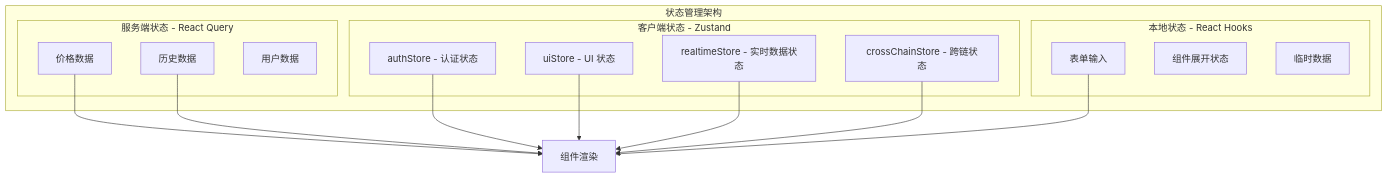
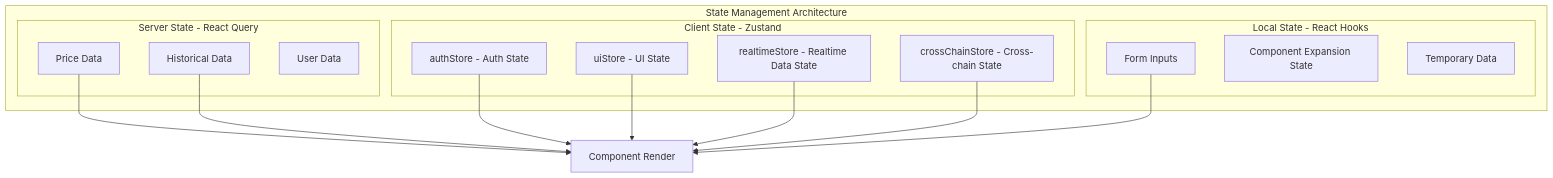
One commit to imokokok/Insight changed the first of 2 diagrams in docs/architecture/state-management.md. Above: the diagram before and after it, drawn with Mermaid. The commit also changed other lines of this file and 9 other files, not shown here.

````diff
--- a/docs/architecture/state-management.md
+++ b/docs/architecture/state-management.md
@@ -21,31 +21,31 @@
 ```mermaid
 graph TB
-    subgraph StateManagement["状态管理架构"]
-        subgraph ServerState["服务端状态 - React Query"]
-            A[价格数据]
-            B[历史数据]
-            C[用户数据]
+    subgraph StateManagement["State Management Architecture"]
+        subgraph ServerState["Server State - React Query"]
+            A[Price Data]
+            B[Historical Data]
+            C[User Data]
         end
 
-        subgraph ClientState["客户端状态 - Zustand"]
-            D[authStore - 认证状态]
-            E[uiStore - UI 状态]
-            F[realtimeStore - 实时数据状态]
-            G[crossChainStore - 跨链状态]
+        subgraph ClientState["Client State - Zustand"]
+            D[authStore - Auth State]
+            E[uiStore - UI State]
+            F[realtimeStore - Realtime Data State]
+            G[crossChainStore - Cross-chain State]
         end
 
-        subgraph LocalState["本地状态 - React Hooks"]
-            H[表单输入]
-            I[组件展开状态]
-            J[临时数据]
+        subgraph LocalState["Local State - React Hooks"]
+            H[Form Inputs]
+            I[Component Expansion State]
+            J[Temporary Data]
         end
     end
 
-    A --> K[组件渲染]
+    A --> K[Component Render]
     B --> K
     D --> K
     E --> K
     F --> K
     G --> K
     H --> K
 ```
````
